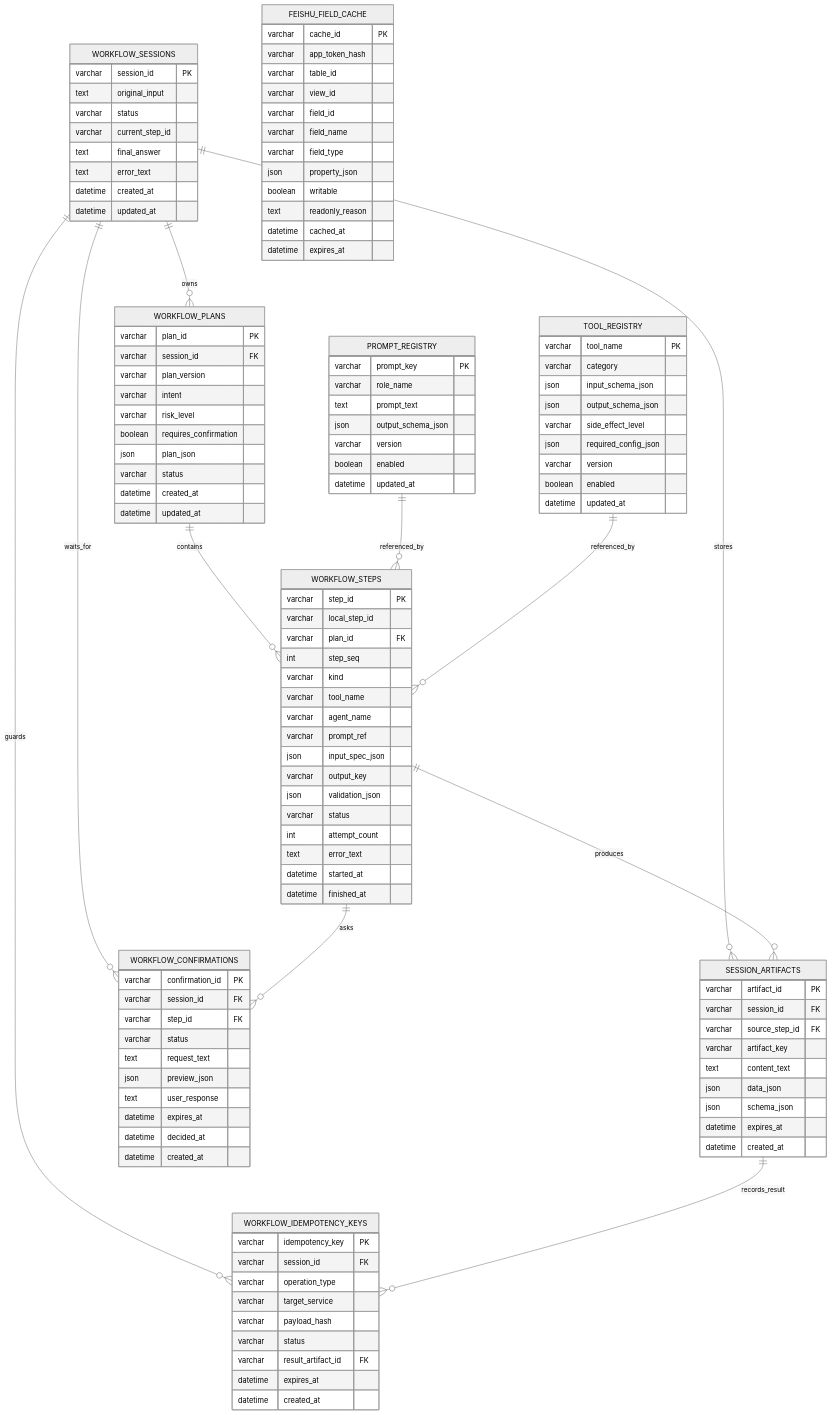
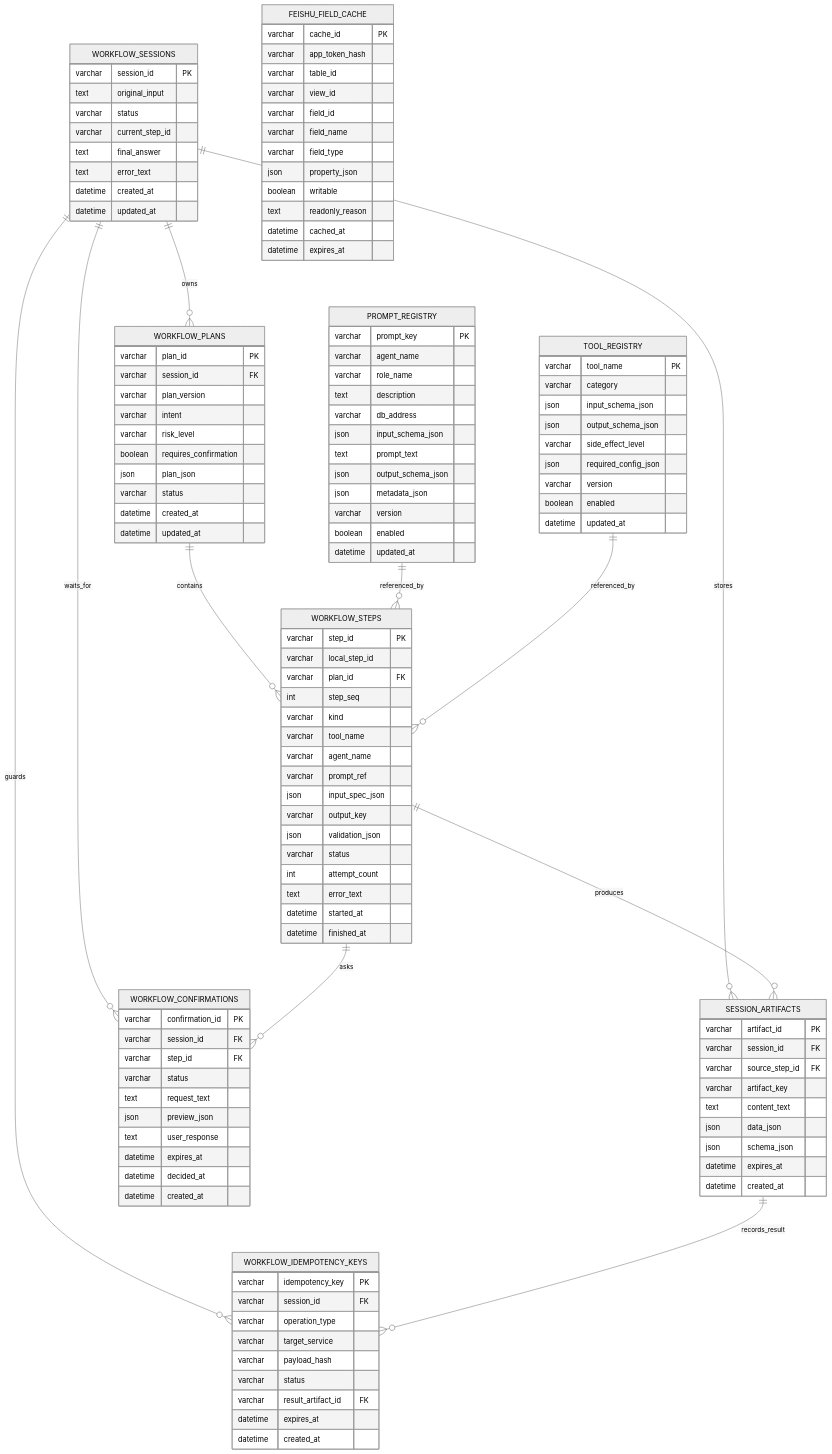
Before and after one commit to 246706510miao-svg/for-mygirl: the diagram in third/docs/workflow-db-er.md, drawn with Mermaid (neutral theme). The commit also changed other lines of this file and 26 other files, not shown here.

```diff
--- a/third/docs/workflow-db-er.md
+++ b/third/docs/workflow-db-er.md
@@ -99,9 +99,14 @@
 
     PROMPT_REGISTRY {
         varchar prompt_key PK
+        varchar agent_name
         varchar role_name
+        text description
+        varchar db_address
+        json input_schema_json
         text prompt_text
         json output_schema_json
+        json metadata_json
         varchar version
         boolean enabled
         datetime updated_at
```
